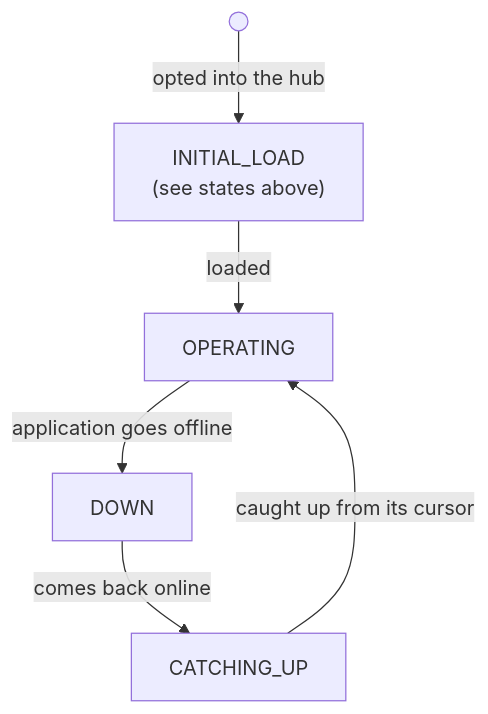
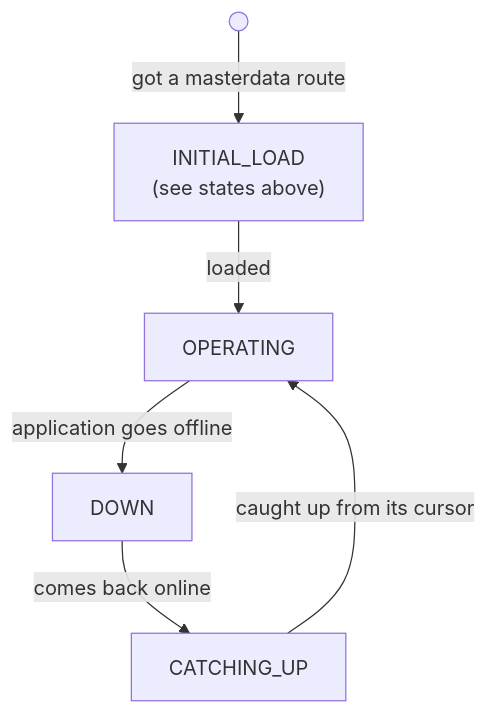
Before and after one commit to DKE-Data/masterdata-sync-working-group: the third of 3 diagrams in architecture/06-initial-load.md, drawn with Mermaid. The commit also changed other lines of this file and 8 other files, not shown here.

````diff
--- a/architecture/06-initial-load.md
+++ b/architecture/06-initial-load.md
@@ -280,15 +280,15 @@
 ```mermaid
 flowchart TB
     START(( ))
     INITIAL_LOAD["INITIAL_LOAD \n (see states above)"]
     OPERATING["OPERATING"]
     DOWN["DOWN"]
     CATCHING_UP["CATCHING_UP"]
-    START -->|"opted into the hub"| INITIAL_LOAD
+    START -->|"got a masterdata route"| INITIAL_LOAD
     INITIAL_LOAD -->|"loaded"| OPERATING
     OPERATING -->|"application goes offline"| DOWN
     DOWN -->|"comes back online"| CATCHING_UP
     CATCHING_UP -->|"caught up from its cursor"| OPERATING
     %% ceasg:{"id":"un5r0wx1"} %%
     %% mermaid-flow:pos START=270,60 INITIAL_LOAD=270,165 OPERATING=270,275 DOWN=110,395 CATCHING_UP=430,395
 ```
````
